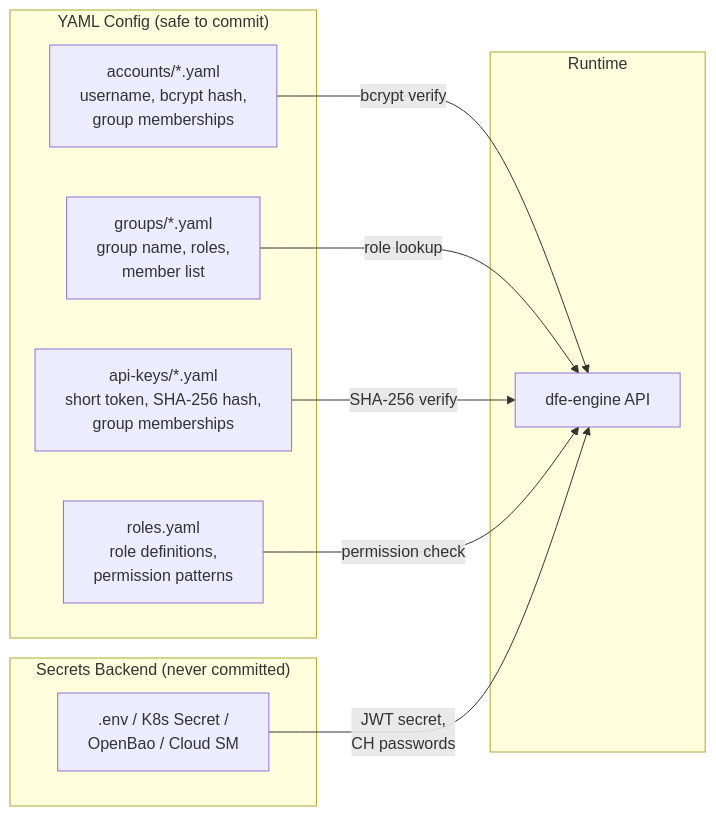
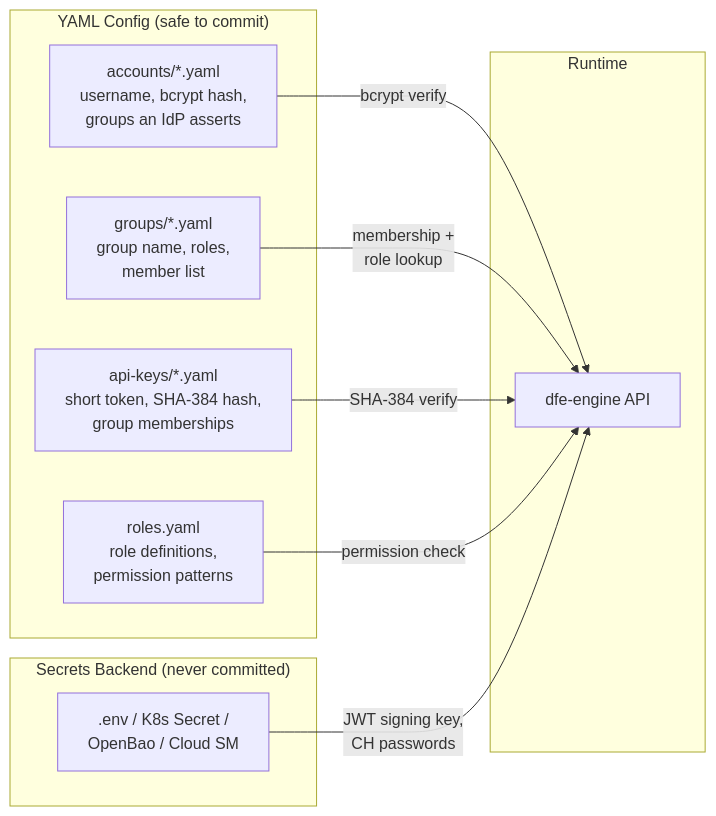
One commit to hyperi-io/dfe-engine changed the second of 11 diagrams in docs/control-plane/rbac.md. Above: the diagram before and after it, drawn with Mermaid. The commit also changed other lines of this file and 24 other files, not shown here.

````diff
--- a/docs/control-plane/rbac.md
+++ b/docs/control-plane/rbac.md
@@ -86,23 +90,23 @@
 ```mermaid
 flowchart LR
     subgraph "YAML Config (safe to commit)"
-        ACC["accounts/*.yaml<br/>username, bcrypt hash,<br/>group memberships"]
+        ACC["accounts/*.yaml<br/>username, bcrypt hash,<br/>groups an IdP asserts"]
         GRP["groups/*.yaml<br/>group name, roles,<br/>member list"]
-        KEY["api-keys/*.yaml<br/>short token, SHA-256 hash,<br/>group memberships"]
+        KEY["api-keys/*.yaml<br/>short token, SHA-384 hash,<br/>group memberships"]
         ROLES["roles.yaml<br/>role definitions,<br/>permission patterns"]
     end
 
     subgraph "Secrets Backend (never committed)"
         ENV[".env / K8s Secret /<br/>OpenBao / Cloud SM"]
     end
 
     subgraph "Runtime"
         API["dfe-engine API"]
     end
 
     ACC -->|bcrypt verify| API
-    GRP -->|role lookup| API
-    KEY -->|SHA-256 verify| API
+    GRP -->|membership +<br/>role lookup| API
+    KEY -->|SHA-384 verify| API
     ROLES -->|permission check| API
-    ENV -->|JWT secret,<br/>CH passwords| API
+    ENV -->|JWT signing key,<br/>CH passwords| API
 ```
````
